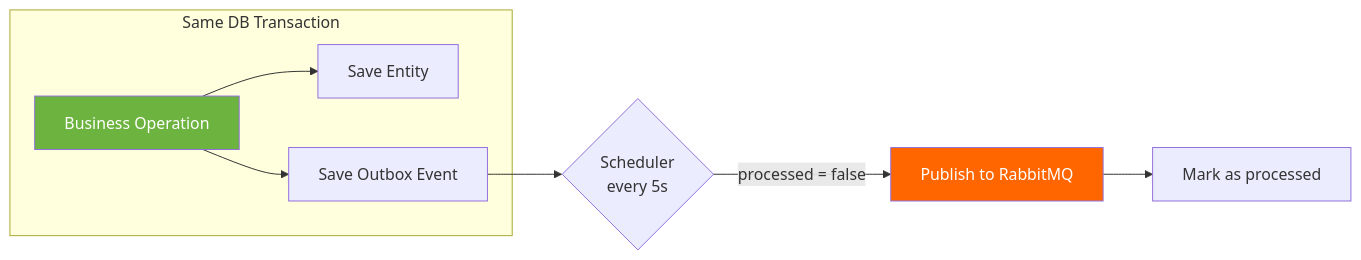
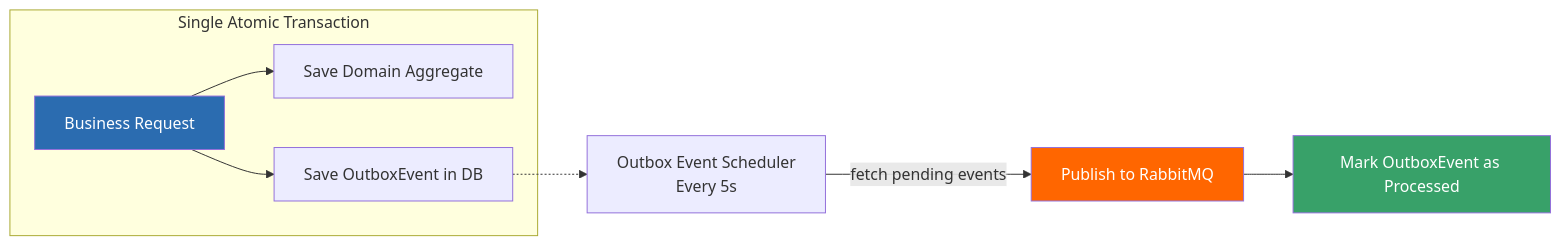
The fourth of 7 diagrams in README.md (sergio11/training_platform_poc_spring_microservices), drawn with Mermaid before and after one commit. The commit also changed other lines of this file, not shown here.

````diff
--- a/README.md
+++ b/README.md
@@ -356,14 +317,15 @@
 ```mermaid
 flowchart LR
-    subgraph "Same DB Transaction"
-        A[Business Operation] --> B[Save Entity]
-        A --> C[Save Outbox Event]
+    subgraph "Single Atomic Transaction"
+        Op[Business Request] --> SaveDomain[Save Domain Aggregate]
+        Op --> SaveOutbox[Save OutboxEvent in DB]
     end
 
-    C --> D{Scheduler<br/>every 5s}
-    D -->|processed = false| E[Publish to RabbitMQ]
-    E --> F[Mark as processed]
+    SaveOutbox -.-> Scheduler[Outbox Event Scheduler<br/>Every 5s]
+    Scheduler -->|fetch pending events| Publish[Publish to RabbitMQ]
+    Publish --> MarkDone[Mark OutboxEvent as Processed]
 
-    style A fill:#6DB33F,color:#fff
-    style E fill:#ff6600,color:#fff
+    style Op fill:#2b6cb0,color:#fff
+    style Publish fill:#ff6600,color:#fff
+    style MarkDone fill:#38a169,color:#fff
 ```
````
